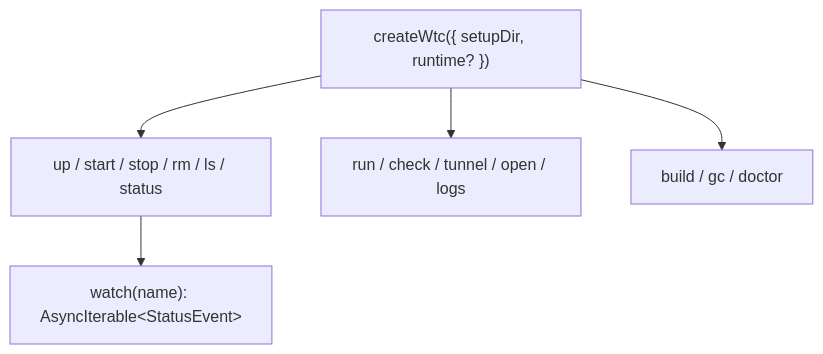
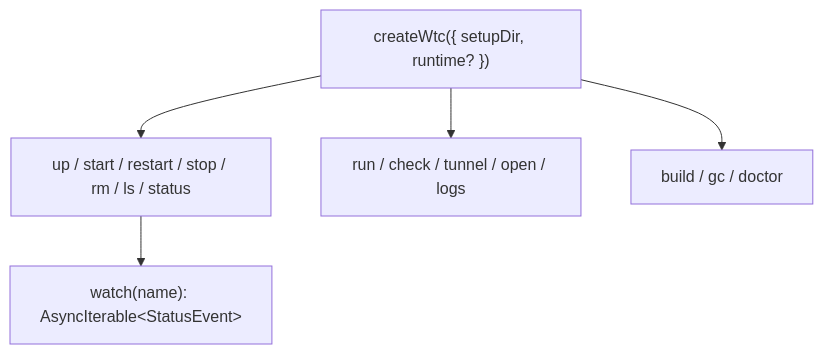
The fourth of 4 diagrams in docs/superpowers/specs/2026-09-30-wtc-design.md (lyonbot/wtc), drawn with Mermaid before and after one commit. The commit also changed other lines of this file, not shown here.

Commit message:
docs: revise wtc design spec (drop apple/container, fixed socks port, verified findings, doc deliverables)

````diff
--- a/docs/superpowers/specs/2026-09-30-wtc-design.md
+++ b/docs/superpowers/specs/2026-09-30-wtc-design.md
@@ -266,7 +315,7 @@
 ```mermaid
 flowchart TB
-  API["createWtc({ setupDir, runtime? })"] --> I["up / start / stop / rm / ls / status"]
+  API["createWtc({ setupDir, runtime? })"] --> I["up / start / restart / stop / rm / ls / status"]
   API --> X["run / check / tunnel / open / logs"]
   API --> G["build / gc / doctor"]
   I --> W["watch(name): AsyncIterable&lt;StatusEvent&gt;"]
 ```
````
